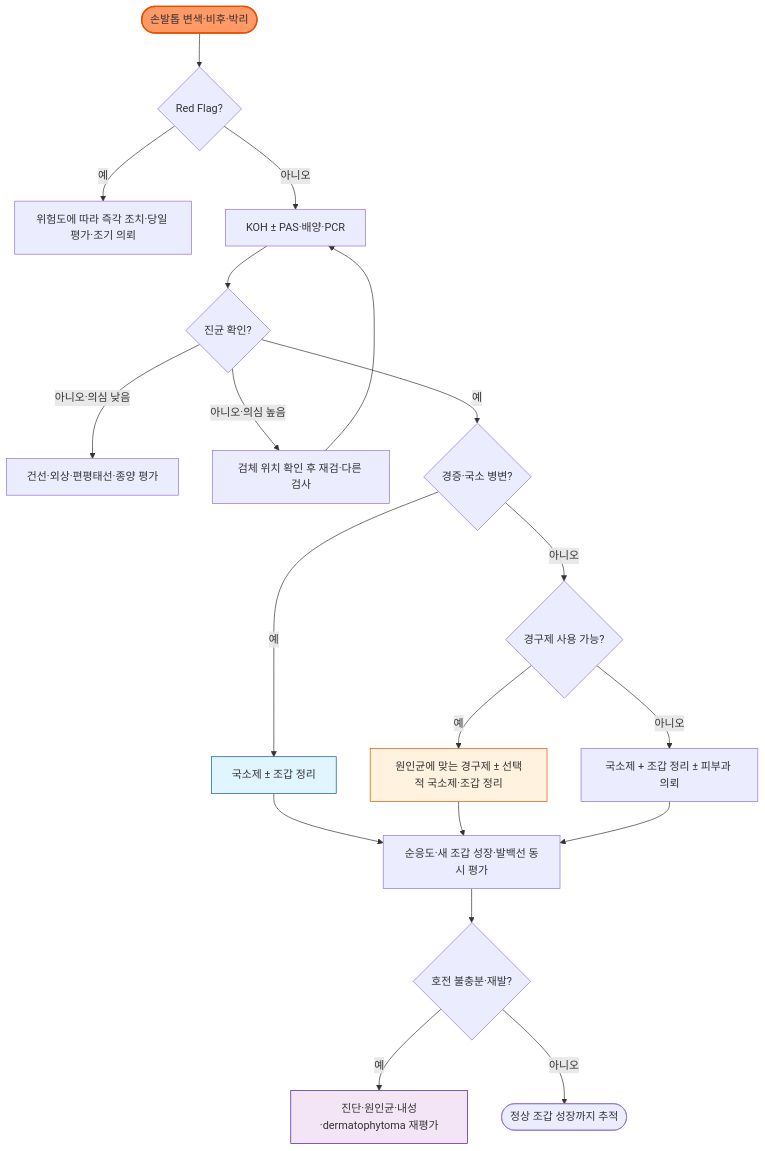
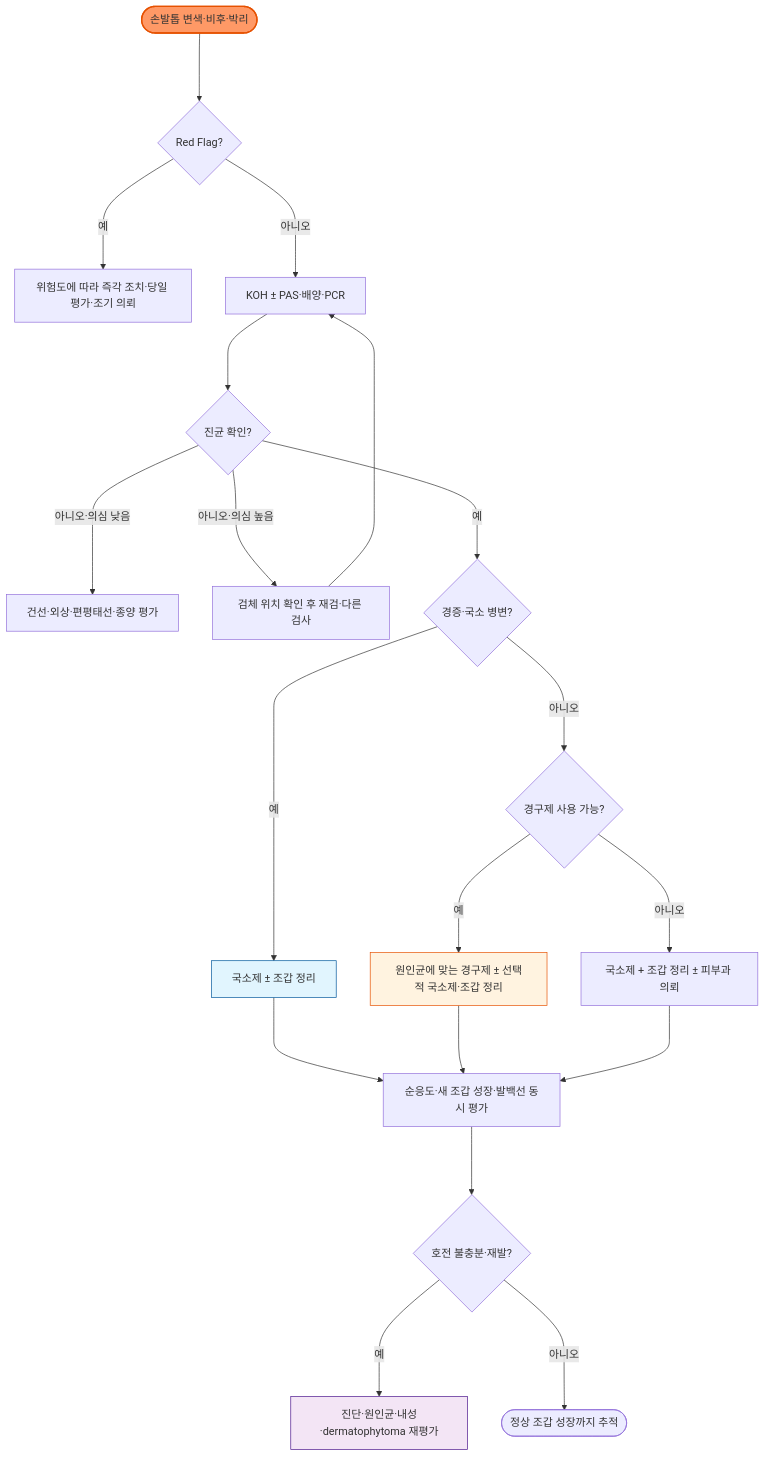
One commit to familyoh77/familyoh77 changed the diagram in 229_/173_-onychomycosis.md. Above: the diagram before and after it, drawn with Mermaid. The commit also changed other lines of this file and 2 other files, not shown here.

````diff
--- a/229_/173_-onychomycosis.md
+++ b/229_/173_-onychomycosis.md
@@ -103,25 +105,25 @@
 ```mermaid
 flowchart TB
-    A([손발톱 변색·비후·박리]) --> B{Red Flag?}
-    B -- 예 --> C[위험도에 따라 즉각 조치·당일 평가·조기 의뢰]
-    B -- 아니오 --> D[KOH ± PAS·배양·PCR]
-    D --> E{진균 확인?}
-    E -- 아니오·의심 낮음 --> F[건선·외상·편평태선·종양 평가]
-    E -- 아니오·의심 높음 --> G[검체 위치 확인 후 재검·다른 검사]
-    G --> D
-    E -- 예 --> H{경증·국소 병변?}
-    H -- 예 --> I[국소제 ± 조갑 정리]
-    H -- 아니오 --> J{경구제 사용 가능?}
-    J -- 예 --> K[원인균에 맞는 경구제 ± 선택적 국소제·조갑 정리]
-    J -- 아니오 --> L[국소제 + 조갑 정리 ± 피부과 의뢰]
-    I --> M[순응도·새 조갑 성장·발백선 동시 평가]
-    K --> M
-    L --> M
-    M --> N{호전 불충분·재발?}
-    N -- 예 --> O[진단·원인균·내성·dermatophytoma 재평가]
-    N -- 아니오 --> P([정상 조갑 성장까지 추적])
+    A([손발톱 변색·비후·박리]) ---> B{Red Flag?}
+    B -- 예 ---> C[위험도에 따라 즉각 조치·당일 평가·조기 의뢰]
+    B -- 아니오 ---> D[KOH ± PAS·배양·PCR]
+    D ---> E{진균 확인?}
+    E -- 아니오·의심 낮음 ---> F[건선·외상·편평태선·종양 평가]
+    E -- 아니오·의심 높음 ---> G[검체 위치 확인 후 재검·다른 검사]
+    G ---> D
+    E -- 예 ---> H{경증·국소 병변?}
+    H -- 예 ---> I[국소제 ± 조갑 정리]
+    H -- 아니오 ---> J{경구제 사용 가능?}
+    J -- 예 ---> K[원인균에 맞는 경구제 ± 선택적 국소제·조갑 정리]
+    J -- 아니오 ---> L[국소제 + 조갑 정리 ± 피부과 의뢰]
+    I ---> M[순응도·새 조갑 성장·발백선 동시 평가]
+    K ---> M
+    L ---> M
+    M ---> N{호전 불충분·재발?}
+    N -- 예 ---> O[진단·원인균·내성·dermatophytoma 재평가]
+    N -- 아니오 ---> P([정상 조갑 성장까지 추적])
     style A fill:#f96,stroke:#e65100,stroke-width:2px
     style I fill:#e1f5fe,stroke:#01579b
     style K fill:#fff3e0,stroke:#e65100
     style O fill:#f3e5f5,stroke:#4a148c
 ```
````
